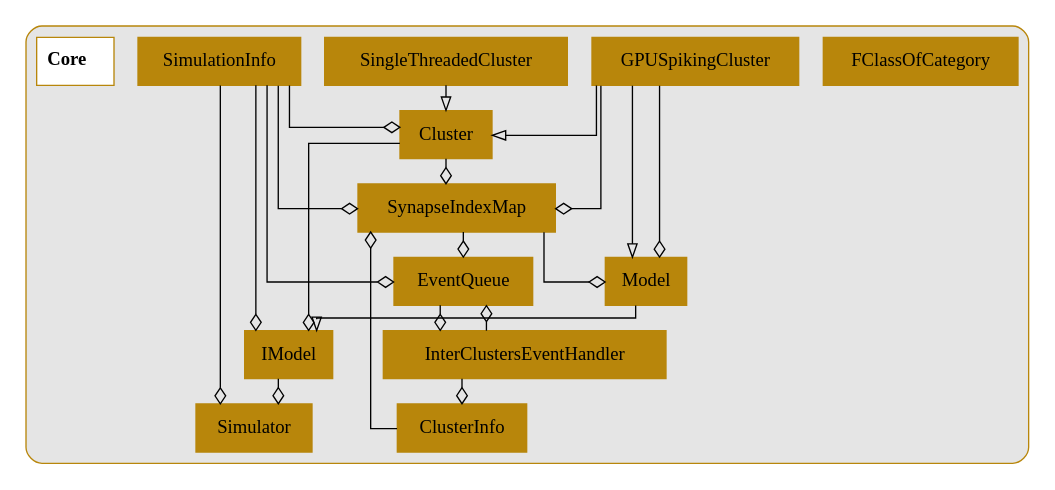
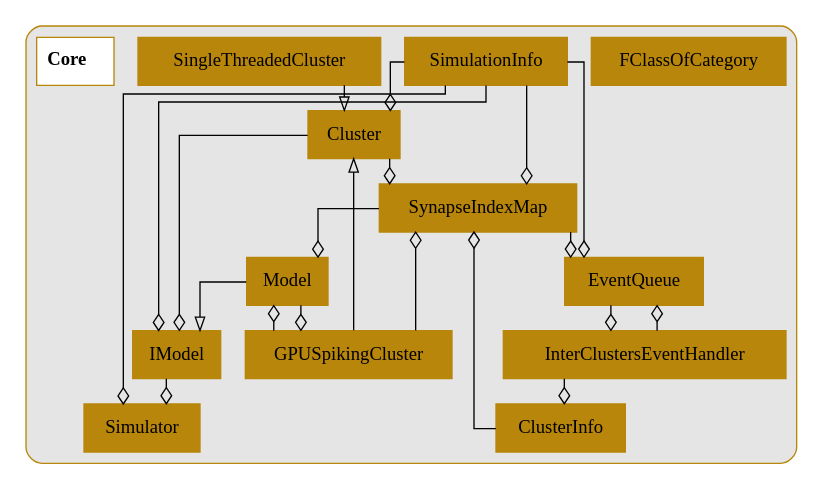
The diagram in Tools/DiagramGenerator/ExampleOutputs/dot_subsystems/Core.dot (UWB-Biocomputing/BrainGrid), drawn with Graphviz before and after one commit. The commit also changed 13 other files, not shown here.

```diff
--- a/Tools/DiagramGenerator/ExampleOutputs/dot_subsystems/Core.dot
+++ b/Tools/DiagramGenerator/ExampleOutputs/dot_subsystems/Core.dot
@@ -1,71 +1,72 @@
 digraph{
 	 graph [splines=ortho]
 
 	subgraph clusterCore {
 		style = rounded
 		bgcolor = grey90
 		color = darkgoldenrod
 		node [shape = record, color = darkgoldenrod];
 
 		Cluster[label = Cluster, style = filled];
 		ClusterInfo[label = ClusterInfo, style = filled];
 		EventQueue[label = EventQueue, style = filled];
 		FClassOfCategory[label = FClassOfCategory, style = filled];
 		GPUSpikingCluster[label = GPUSpikingCluster, style = filled];
 		IModel[label = IModel, style = filled];
 		InterClustersEventHandler[label = InterClustersEventHandler, style = filled];
 		Model[label = Model, style = filled];
 		SimulationInfo[label = SimulationInfo, style = filled];
 		Simulator[label = Simulator, style = filled];
 		SingleThreadedCluster[label = SingleThreadedCluster, style = filled];
 		SynapseIndexMap[label = SynapseIndexMap, style = filled];
 		Core[label =< <B> Core</B>>, style = bold, fillcolor = white, style = filled];
 
 
 		//------LAYOUT FOR SUBGRAPH------
 
 
 		rankdir = BT; // Rank Direction Bottom to Top
 		nodesep = 1.5; // Node Separation
 		ranksep = 1.5; // Rank Separation
 
 
 		//INHERITANCE//
 
 
 		GPUSpikingCluster -> Cluster [arrowhead=empty];
-		GPUSpikingCluster -> Model [arrowhead=empty];
 
 		Model -> IModel [arrowhead=empty];
 
 		SingleThreadedCluster -> Cluster [arrowhead=empty];
 
 
 		//COMPOSITION//
 
 
 		SimulationInfo -> Cluster [arrowhead=ediamond];
 
 		InterClustersEventHandler -> ClusterInfo [arrowhead=ediamond];
 
 		InterClustersEventHandler -> EventQueue [arrowhead=ediamond];
 		SimulationInfo -> EventQueue [arrowhead=ediamond];
 		SynapseIndexMap -> EventQueue [arrowhead=ediamond];
+
+		Model -> GPUSpikingCluster [arrowhead=ediamond];
 
 		Cluster -> IModel [arrowhead=ediamond];
 		SimulationInfo -> IModel [arrowhead=ediamond];
 
 		EventQueue -> InterClustersEventHandler [arrowhead=ediamond];
 
 		GPUSpikingCluster -> Model [arrowhead=ediamond];
 		SynapseIndexMap -> Model [arrowhead=ediamond];
 
 		IModel -> Simulator [arrowhead=ediamond];
 		SimulationInfo -> Simulator [arrowhead=ediamond];
 
 		Cluster -> SynapseIndexMap [arrowhead=ediamond];
 		ClusterInfo -> SynapseIndexMap [arrowhead=ediamond];
 		GPUSpikingCluster -> SynapseIndexMap [arrowhead=ediamond];
 		SimulationInfo -> SynapseIndexMap [arrowhead=ediamond];
 	}//end subgraph Core
 }//end digraph
```
